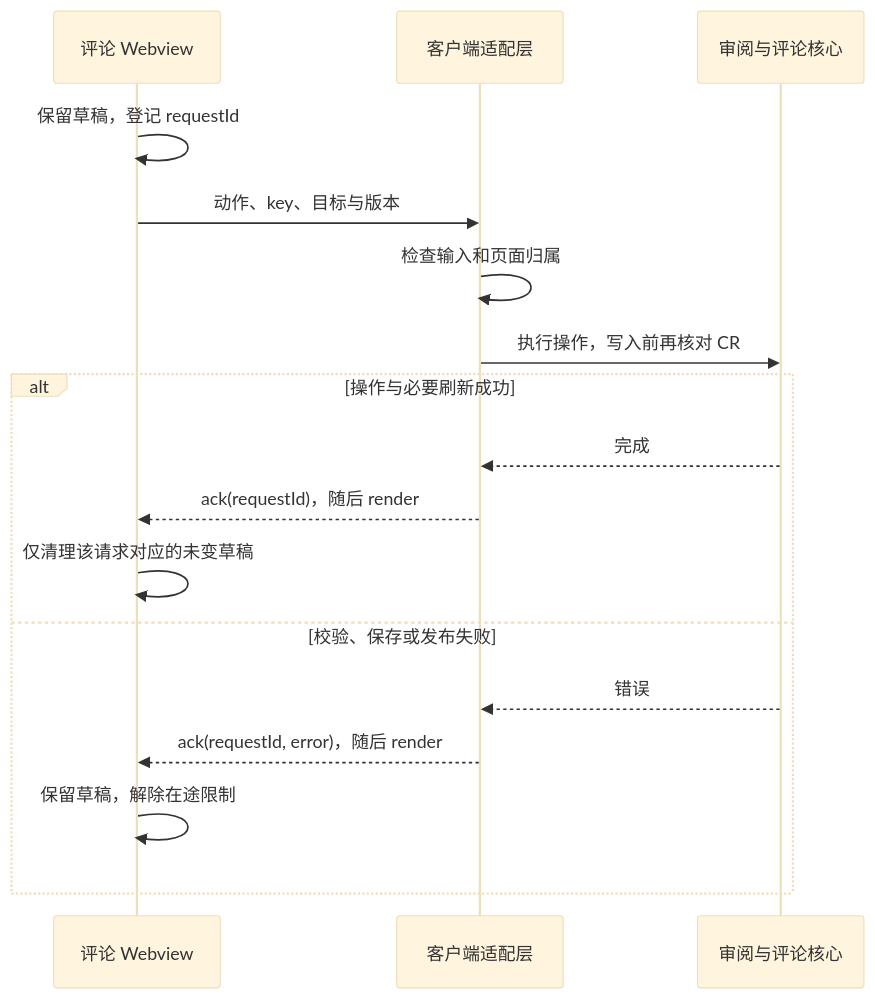
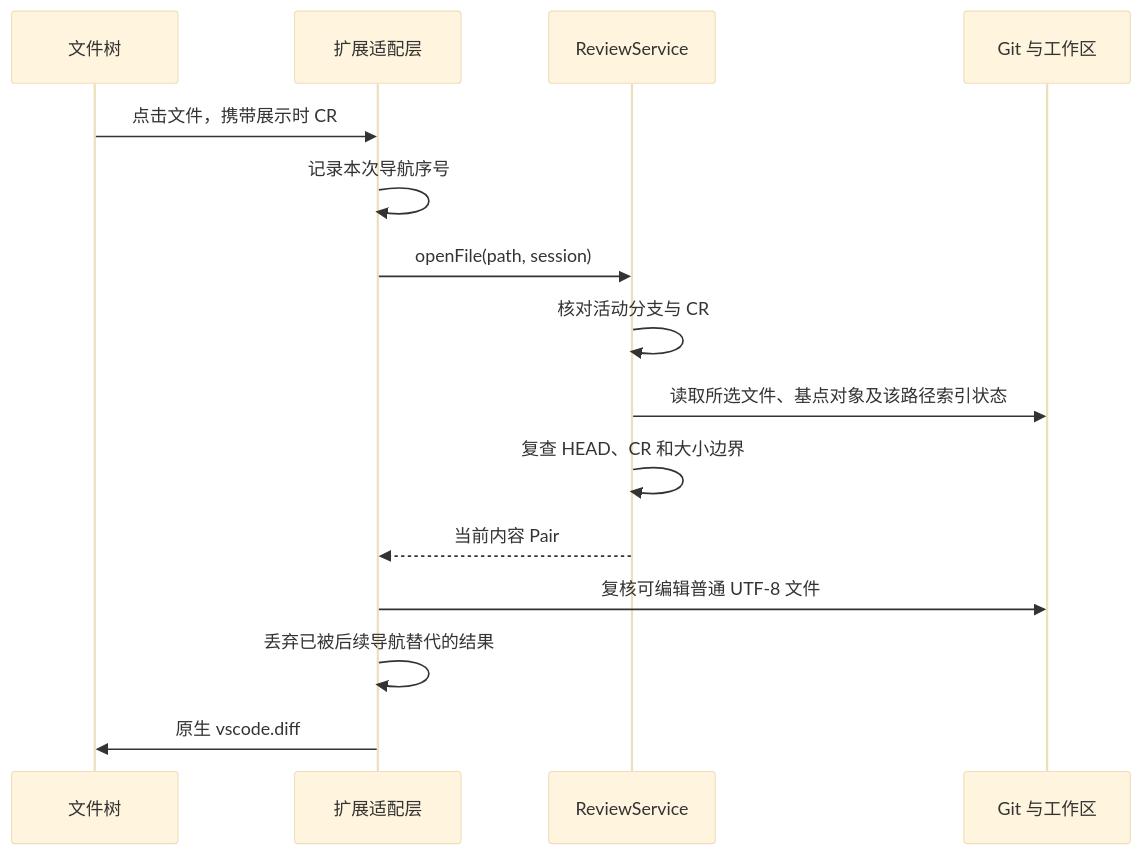
One commit to To-Re/review-slate changed the diagram in docs/客户端/README.md. Above: the diagram before and after it, drawn with Mermaid (base theme). The commit also changed other lines of this file and 30 other files, not shown here.

````diff
--- a/docs/客户端/README.md
+++ b/docs/客户端/README.md
@@ -50,19 +42,17 @@
 ```mermaid
 sequenceDiagram
-    participant UI as 评论 Webview
-    participant Host as 客户端适配层
-    participant Core as 审阅与评论核心
-    UI->>UI: 保留草稿，登记 requestId
-    UI->>Host: 动作、key、目标与版本
-    Host->>Host: 检查输入和页面归属
-    Host->>Core: 执行操作，写入前再核对 CR
-    alt 操作与必要刷新成功
-        Core-->>Host: 完成
-        Host-->>UI: ack(requestId)，随后 render
-        UI->>UI: 仅清理该请求对应的未变草稿
-    else 校验、保存或发布失败
-        Core-->>Host: 错误
-        Host-->>UI: ack(requestId, error)，随后 render
-        UI->>UI: 保留草稿，解除在途限制
-    end
+    participant User as 文件树
+    participant Host as 扩展适配层
+    participant Core as ReviewService
+    participant Disk as Git 与工作区
+    User->>Host: 点击文件，携带展示时 CR
+    Host->>Host: 记录本次导航序号
+    Host->>Core: openFile(path, session)
+    Core->>Core: 核对活动分支与 CR
+    Core->>Disk: 读取所选文件、基点对象及该路径索引状态
+    Core->>Core: 复查 HEAD、CR 和大小边界
+    Core-->>Host: 当前内容 Pair
+    Host->>Disk: 复核可编辑普通 UTF-8 文件
+    Host->>Host: 丢弃已被后续导航替代的结果
+    Host->>User: 原生 vscode.diff
 ```
````
